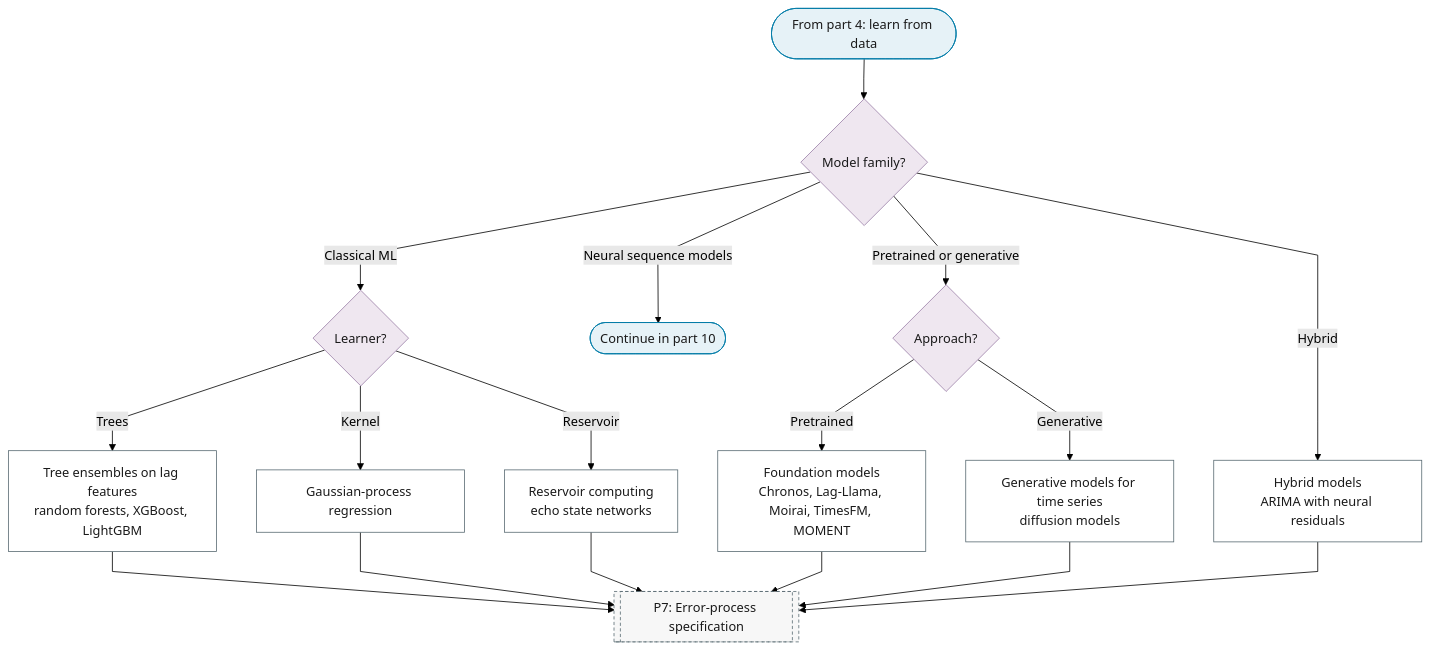
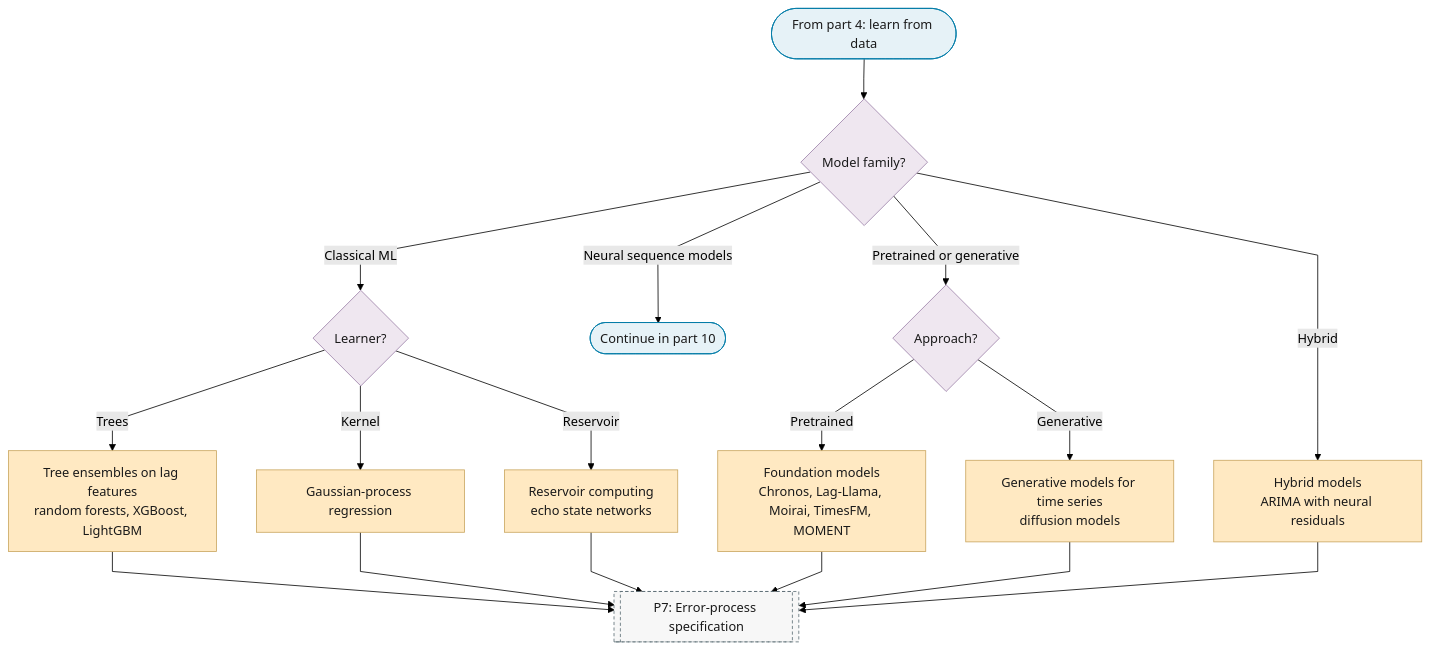
Before and after one commit to Shuxin-Y/time-series-analysis-manual: the ninth of 10 diagrams in docs/01-workflow/p06-mean-model-class.md, drawn with Mermaid (forest theme). The commit also changed other lines of this file and 1 other file, not shown here.

First line of the commit message:
style(flowchart): P6 model and P8 estimator leaves keep the escalate outcome class

````diff
--- a/docs/01-workflow/p06-mean-model-class.md
+++ b/docs/01-workflow/p06-mean-model-class.md
@@ -238,28 +239,28 @@
 ```mermaid
 %%{init: {"flowchart": {"curve": "linear"}}}%%
 graph TD
     P6_PART_9_IN(["From part 4: learn from data"]) --> P6_ML_FAMILY{"Model family?"}
     P6_ML_FAMILY -->|"Classical ML"| P6_ML_CLASSICAL{"Learner?"}
     P6_ML_FAMILY -->|"Neural sequence models"| P6_TO_PART_10(["Continue in part 10"])
     P6_ML_FAMILY -->|"Pretrained or generative"| P6_ML_PRETRAINED{"Approach?"}
     P6_ML_FAMILY -->|"Hybrid"| P6_HYBRID["Hybrid models<br/>ARIMA with neural residuals"]
     P6_ML_CLASSICAL -->|"Trees"| P6_TREE_ENSEMBLES["Tree ensembles on lag features<br/>random forests, XGBoost, LightGBM"]
     P6_ML_CLASSICAL -->|"Kernel"| P6_GAUSSIAN_PROCESS["Gaussian-process regression"]
     P6_ML_CLASSICAL -->|"Reservoir"| P6_RESERVOIR["Reservoir computing<br/>echo state networks"]
     P6_ML_PRETRAINED -->|"Pretrained"| P6_FOUNDATION_MODELS["Foundation models<br/>Chronos, Lag-Llama, Moirai, TimesFM, MOMENT"]
     P6_ML_PRETRAINED -->|"Generative"| P6_GENERATIVE["Generative models for time series<br/>diffusion models"]
     P6_TREE_ENSEMBLES & P6_GAUSSIAN_PROCESS & P6_RESERVOIR --> P7
     P6_FOUNDATION_MODELS & P6_GENERATIVE & P6_HYBRID --> P7[["P7: Error-process specification"]]
+    class P6_HYBRID,P6_TREE_ENSEMBLES,P6_GAUSSIAN_PROCESS,P6_RESERVOIR,P6_FOUNDATION_MODELS,P6_GENERATIVE escalate
     class P6_PART_9_IN,P6_TO_PART_10 terminator
     class P6_ML_FAMILY,P6_ML_CLASSICAL,P6_ML_PRETRAINED decision
-    class P6_HYBRID,P6_TREE_ENSEMBLES,P6_GAUSSIAN_PROCESS,P6_RESERVOIR,P6_FOUNDATION_MODELS,P6_GENERATIVE process
     class P7 ref
     classDef terminator fill:#E6F2F7,stroke:#007BA7,color:#1A1A1A;
     classDef process fill:#FFFFFF,stroke:#5A6B73,color:#1A1A1A;
     classDef decision fill:#EFE7F0,stroke:#9B7FA7,color:#1A1A1A;
     classDef data fill:#FFF4E0,stroke:#C9A55E,color:#1A1A1A;
     classDef good fill:#DCEFD8,stroke:#4A7A3F,color:#1A1A1A;
     classDef escalate fill:#FFE9C2,stroke:#C9A55E,color:#1A1A1A;
     classDef problem fill:#F2D9DE,stroke:#800020,color:#1A1A1A;
     classDef ref fill:#F7F7F7,stroke:#5A6B73,color:#1A1A1A,stroke-dasharray:4 3;
 ```
````
